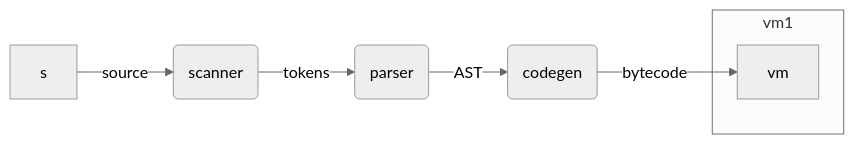
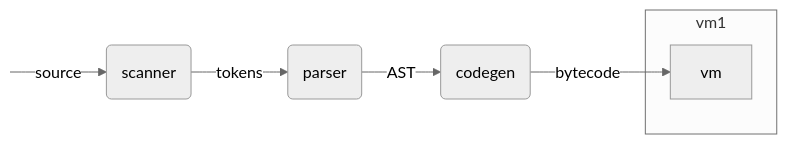
The diagram in vm1/README.md (mvertes/parscan), drawn with Mermaid (neutral theme) before and after one commit.

Commit message:
Update README.md
fix diagram

````diff
--- a/vm1/README.md
+++ b/vm1/README.md
@@ -8,10 +8,11 @@
 ```mermaid
 graph LR
-s:::hidden --> |source| a(scanner)
+s[ ] --> |source| a(scanner)
 --> |tokens| b(parser)
 --> |AST| c(codegen)
 --> |bytecode| d[vm]
 subgraph vm1
     d
 end
+style s height:0px;
 ```
````
